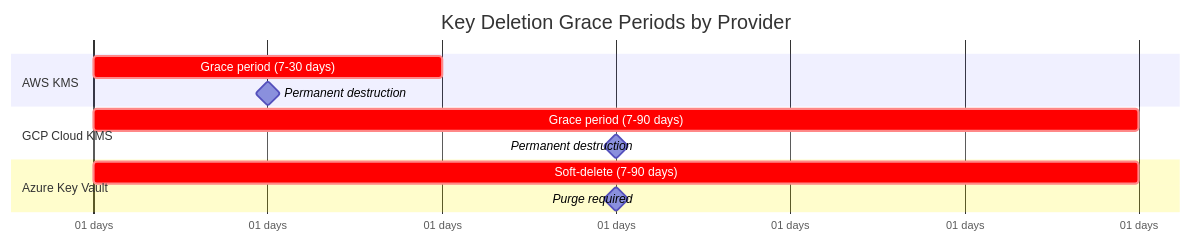
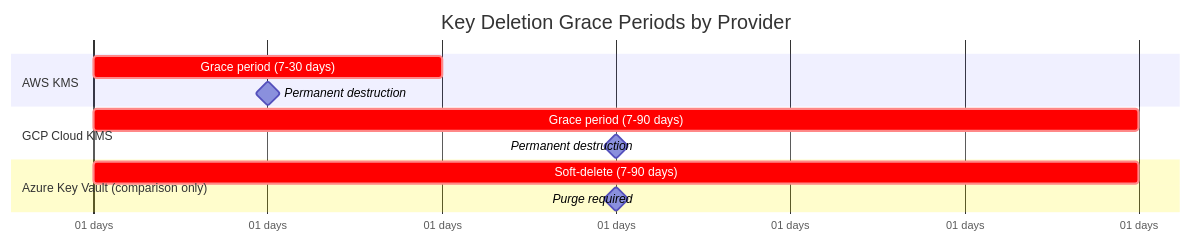
Before and after one commit to ChronoAIProject/NyxID: diagram 26 of 31 in docs/ENCRYPTION_ARCHITECTURE.md, drawn with Mermaid. The commit also changed other lines of this file and 505 other files, not shown here.

````diff
--- a/docs/ENCRYPTION_ARCHITECTURE.md
+++ b/docs/ENCRYPTION_ARCHITECTURE.md
@@ -855,18 +857,18 @@
 ```mermaid
 gantt
     title Key Deletion Grace Periods by Provider
     dateFormat X
     axisFormat %d days
 
     section AWS KMS
     Grace period (7-30 days)    :crit, aws_grace, 0, 30
     Permanent destruction       :milestone, aws_del, after aws_grace, 0
 
     section GCP Cloud KMS
     Grace period (7-90 days)    :crit, gcp_grace, 0, 90
     Permanent destruction       :milestone, gcp_del, after gcp_grace, 0
 
-    section Azure Key Vault
+    section Azure Key Vault (comparison only)
     Soft-delete (7-90 days)     :crit, az_grace, 0, 90
     Purge required              :milestone, az_del, after az_grace, 0
 ```
````
